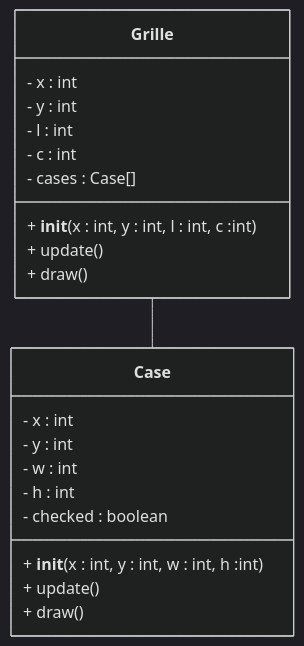
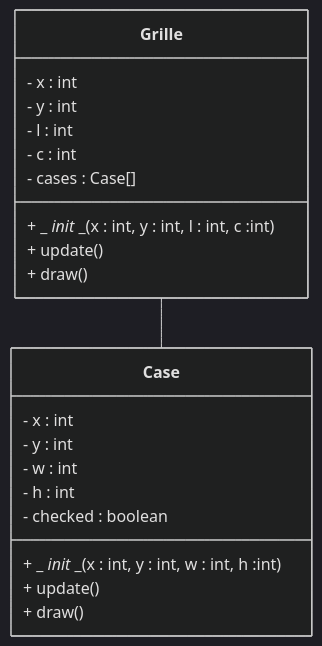
Before and after one commit to bts-ciel-immac-laval/bts-ciel-immac-laval.github.io: the second of 3 diagrams in docs/bts-2/80-battleships-2.md, drawn with Mermaid (dark theme). The commit also changed other lines of this file and 1 other file, not shown here.

````diff
--- a/docs/bts-2/80-battleships-2.md
+++ b/docs/bts-2/80-battleships-2.md
@@ -356,24 +356,24 @@
     ``` mermaid
     classDiagram
         class Case {
             - x : int
             - y : int
             - w : int
             - h : int
             - checked : boolean
-            + __init__(x : int, y : int, w : int, h :int)
+            + _ _init_ _(x : int, y : int, w : int, h :int)
             + update()
             + draw()
         }
         class Grille {
             - x : int
             - y : int
             - l : int
             - c : int
             - cases : Case[]
-            + __init__(x : int, y : int, l : int, c :int)
+            + _ _init_ _(x : int, y : int, l : int, c :int)
             + update()
             + draw()
         }
         Grille -- Case
     ```
````
